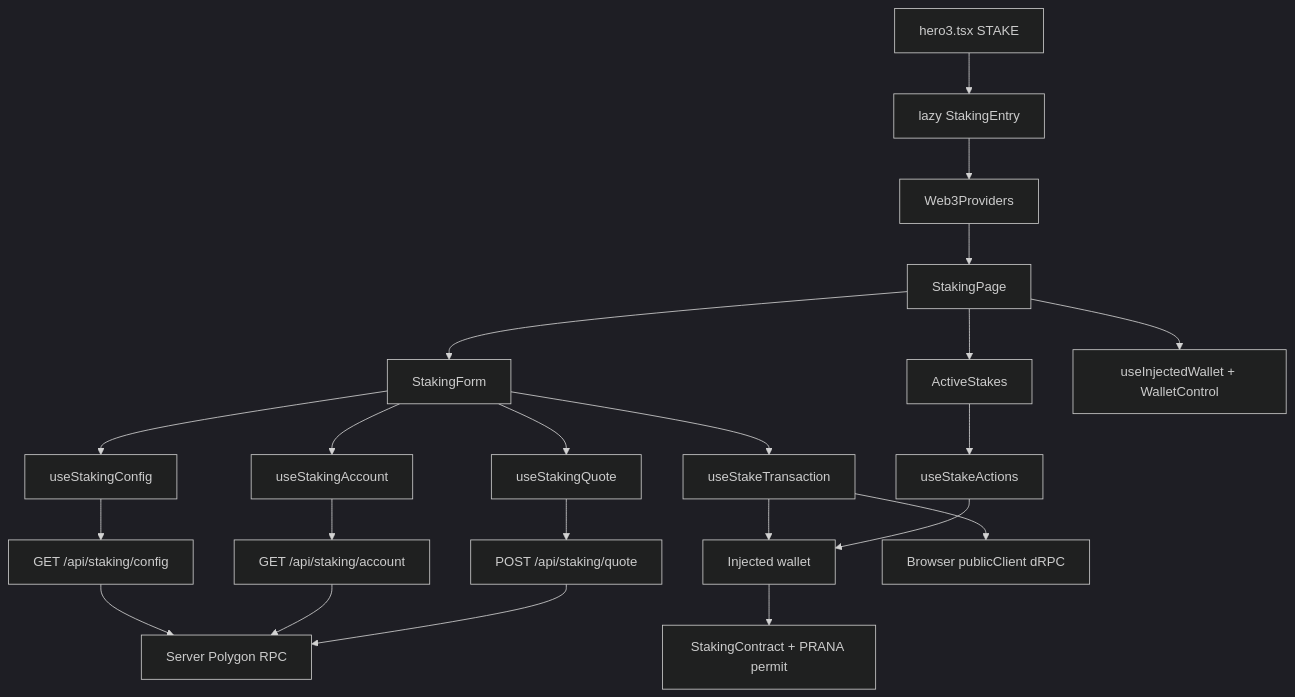
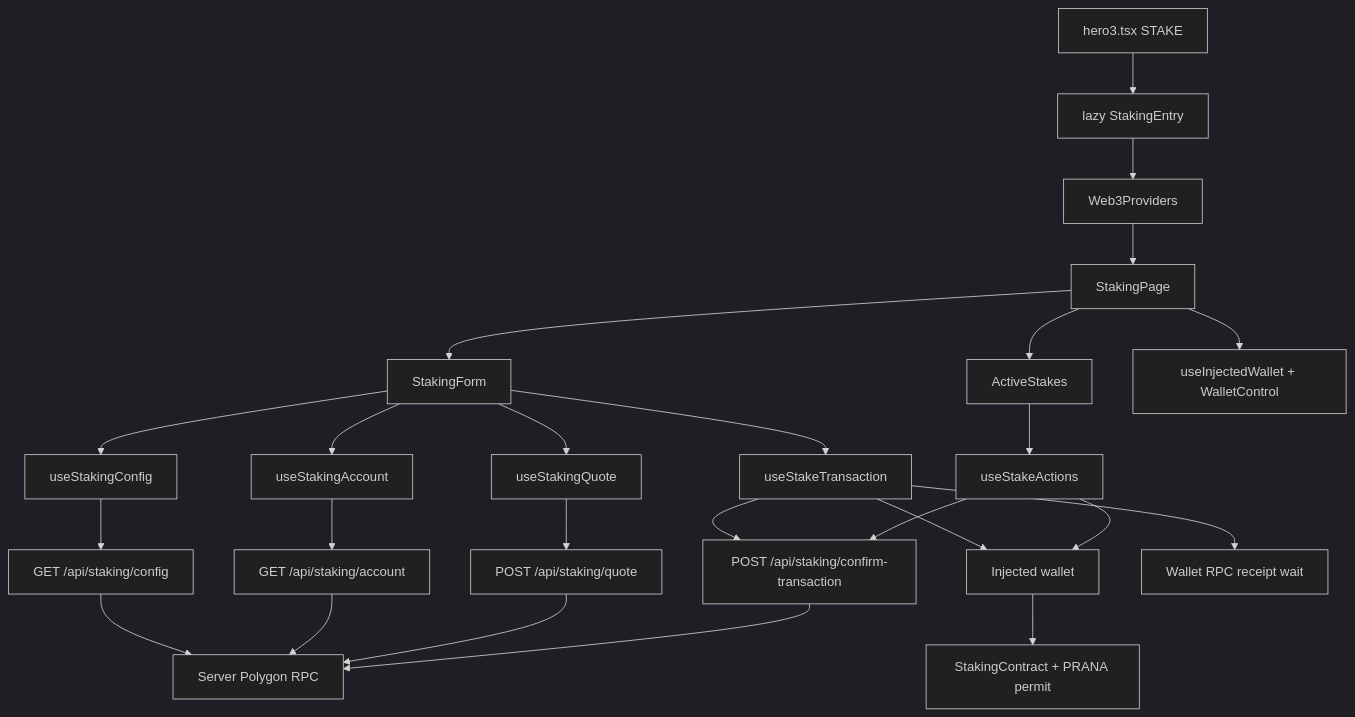
The first of 2 diagrams in docs/staking-technical-overview.md (lx-production/prana-stats-revamp), drawn with Mermaid (dark theme) before and after one commit. The commit also changed other lines of this file and 36 other files, not shown here.

Commit message:
Enhance staking transaction confirmation flow by implementing server fallback for receipt validation, adding pending transaction storage, and refining UI state management for better user experience during confirmation processes.

````diff
--- a/docs/staking-technical-overview.md
+++ b/docs/staking-technical-overview.md
@@ -45,28 +45,31 @@
 ```mermaid
 flowchart TD
   hero["hero3.tsx STAKE"] --> lazyEntry["lazy StakingEntry"]
   lazyEntry --> providers["Web3Providers"]
   providers --> page["StakingPage"]
   page --> form["StakingForm"]
   page --> active["ActiveStakes"]
   page --> wallet["useInjectedWallet + WalletControl"]
 
   form --> configHook["useStakingConfig"]
   form --> accountHook["useStakingAccount"]
   form --> quoteHook["useStakingQuote"]
   form --> txHook["useStakeTransaction"]
   active --> actionHook["useStakeActions"]
 
   configHook --> configApi["GET /api/staking/config"]
   accountHook --> accountApi["GET /api/staking/account"]
   quoteHook --> quoteApi["POST /api/staking/quote"]
+  txHook --> confirmApi["POST /api/staking/confirm-transaction"]
+  actionHook --> confirmApi
 
   configApi --> serverRpc["Server Polygon RPC"]
   accountApi --> serverRpc
   quoteApi --> serverRpc
+  confirmApi --> serverRpc
 
   txHook --> injected["Injected wallet"]
   actionHook --> injected
-  txHook --> publicRpc["Browser publicClient dRPC"]
+  txHook --> walletRpc["Wallet RPC receipt wait"]
   injected --> chain["StakingContract + PRANA permit"]
 ```
````
